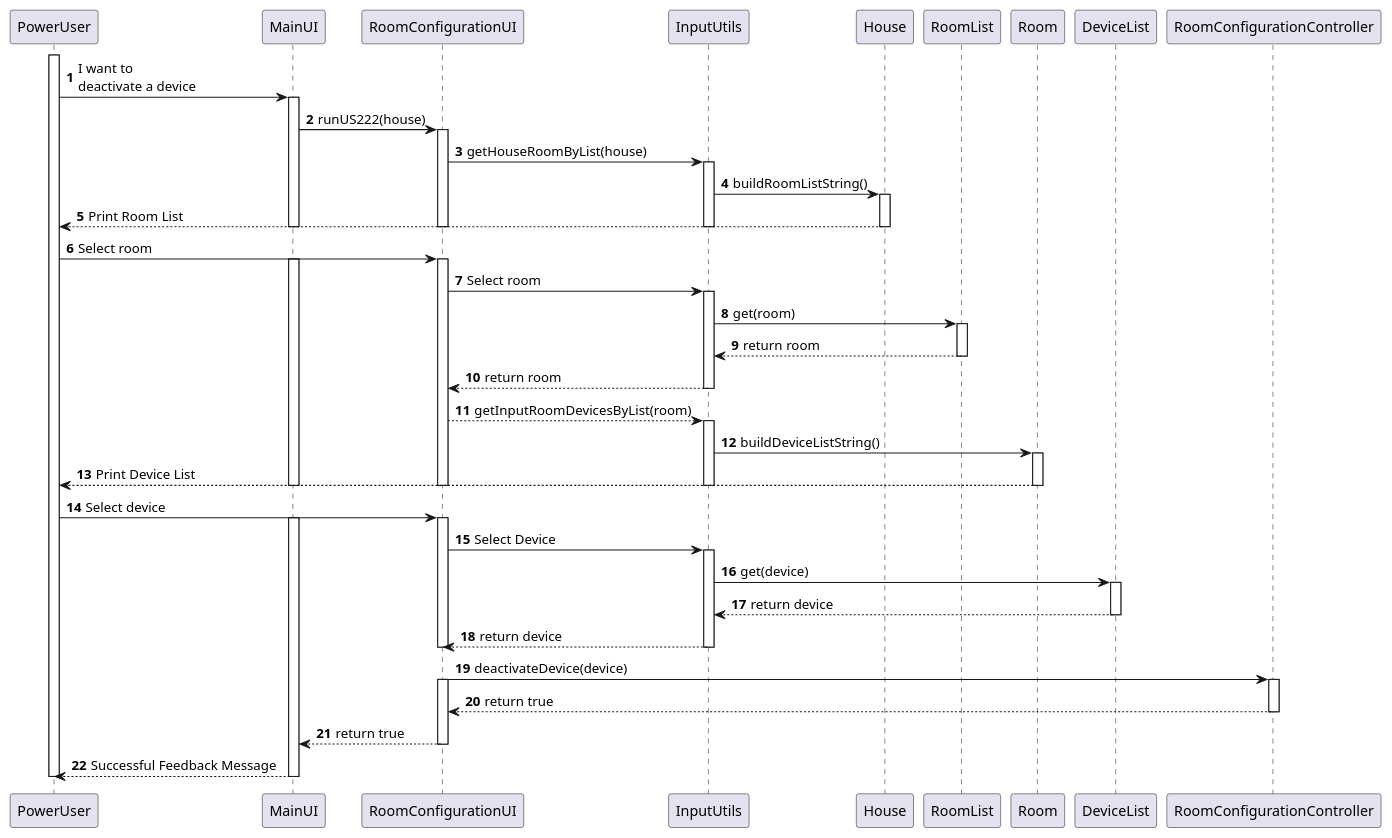
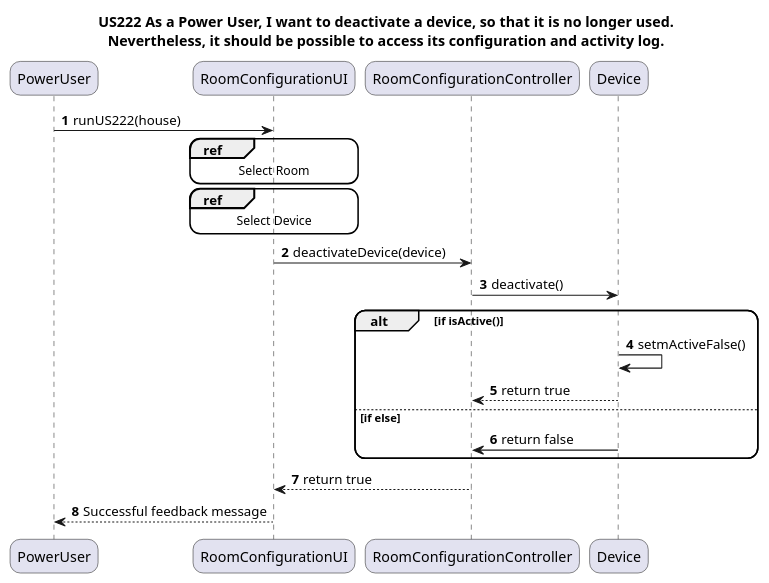
One commit to Almadanmp/project changed the diagram in uml/US222.puml. Above: the diagram before and after it, drawn with PlantUML. The commit also changed 1 other file, not shown here.

Commit message:
#103 - UML Sequence Diagram

```diff
--- a/uml/US222.puml
+++ b/uml/US222.puml
@@ -1,59 +1,22 @@
 @startuml
+Title US222 As a Power User, I want to deactivate a device, so that it is no longer used.\nNevertheless, it should be possible to access its configuration and activity log.
+skinparam roundcorner 20
 autonumber
-activate PowerUser
-PowerUser -> MainUI: I want to\ndeactivate a device
-activate MainUI
-MainUI -> RoomConfigurationUI: runUS222(house)
-activate RoomConfigurationUI
-RoomConfigurationUI -> InputUtils: getHouseRoomByList(house)
-activate InputUtils
-InputUtils -> House: buildRoomListString()
-activate House
-House --> PowerUser: Print Room List
-deactivate House
-deactivate InputUtils
-deactivate RoomConfigurationUI
-deactivate MainUI
-PowerUser -> RoomConfigurationUI: Select room
-activate MainUI
-activate RoomConfigurationUI
-RoomConfigurationUI -> InputUtils: Select room
-activate InputUtils
-InputUtils -> RoomList: get(room)
-activate RoomList
-RoomList --> InputUtils: return room
-deactivate RoomList
-InputUtils --> RoomConfigurationUI: return room
-deactivate InputUtils
-RoomConfigurationUI --> InputUtils: getInputRoomDevicesByList(room)
-activate InputUtils
-InputUtils -> Room: buildDeviceListString()
-activate Room
-Room --> PowerUser: Print Device List
-deactivate MainUI
-deactivate InputUtils
-deactivate Room
-deactivate RoomConfigurationUI
-PowerUser -> RoomConfigurationUI: Select device
-activate MainUI
-activate RoomConfigurationUI
-RoomConfigurationUI -> InputUtils: Select Device
-activate InputUtils
-InputUtils -> DeviceList: get(device)
-activate DeviceList
-DeviceList --> InputUtils: return device
-deactivate DeviceList
-InputUtils --> RoomConfigurationUI: return device
-deactivate RoomConfigurationUI
-deactivate InputUtils
+PowerUser -> RoomConfigurationUI: runUS222(house)
+ref over RoomConfigurationUI
+Select Room
+end ref
+ref over RoomConfigurationUI
+Select Device
+end ref
 RoomConfigurationUI -> RoomConfigurationController: deactivateDevice(device)
-activate RoomConfigurationUI
-activate RoomConfigurationController
+RoomConfigurationController -> Device: deactivate()
+alt if isActive()
+Device -> Device: setmActiveFalse()
+Device --> RoomConfigurationController: return true
+else if else
+Device -> RoomConfigurationController: return false
+end
 RoomConfigurationController --> RoomConfigurationUI: return true
-deactivate RoomConfigurationController
-RoomConfigurationUI --> MainUI: return true
-deactivate RoomConfigurationUI
-MainUI --> PowerUser: Successful Feedback Message
-deactivate MainUI
-deactivate PowerUser
+RoomConfigurationUI --> PowerUser: Successful feedback message
 @enduml
```
